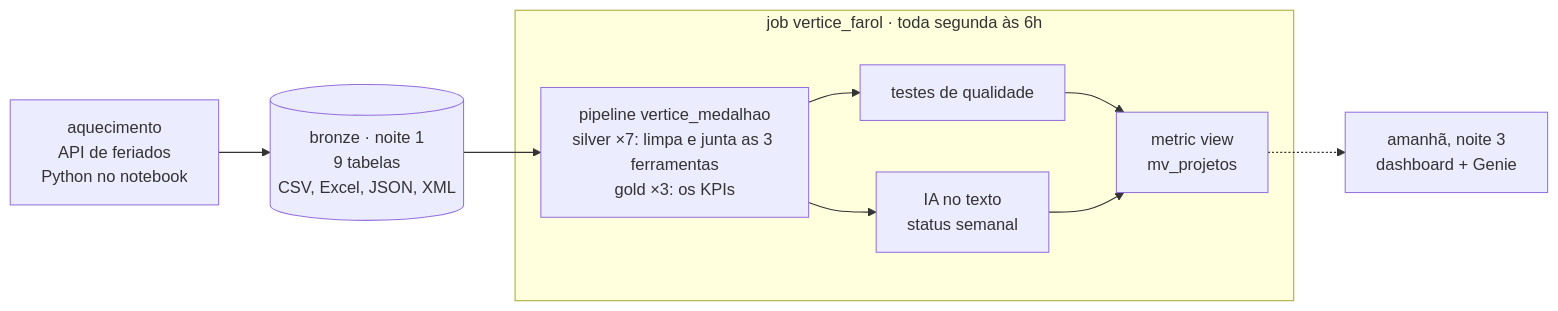
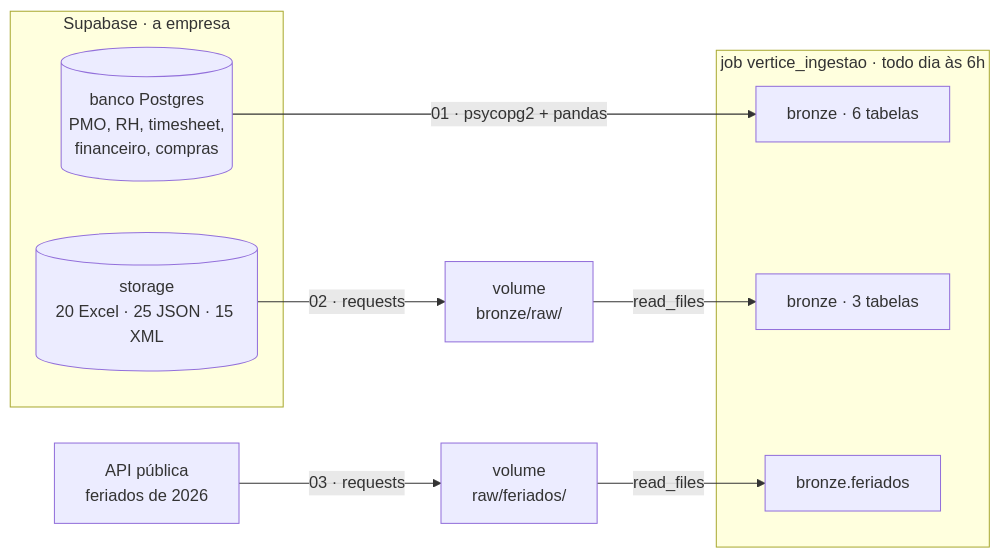
One commit to AugustoKoche-AI/ImersaoControlTower changed the first of 2 diagrams in aulas/aula-02-engenheiro/README.md. Above: the diagram before and after it, drawn with Mermaid. The commit also changed other lines of this file and 7 other files, not shown here.

First line of the commit message:
Noite 2 vira ingestão: a bronze recriada do Supabase (banco + storage) e de uma API

````diff
--- a/aulas/aula-02-engenheiro/README.md
+++ b/aulas/aula-02-engenheiro/README.md
@@ -17,12 +20,16 @@
 ```mermaid
 flowchart LR
-  API["aquecimento<br/>API de feriados<br/>Python no notebook"] --> B
-  B[("bronze · noite 1<br/>9 tabelas<br/>CSV, Excel, JSON, XML")] --> P
-  subgraph JOB["job vertice_farol · toda segunda às 6h"]
-    P["pipeline vertice_medalhao<br/>silver ×7: limpa e junta as 3 ferramentas<br/>gold ×3: os KPIs"] --> T["testes de qualidade"]
-    P --> IA["IA no texto<br/>status semanal"]
-    T --> M["metric view<br/>mv_projetos"]
-    IA --> M
+  subgraph SUPA["Supabase · a empresa"]
+    DB[("banco Postgres<br/>PMO, RH, timesheet,<br/>financeiro, compras")]
+    ST[("storage<br/>20 Excel · 25 JSON · 15 XML")]
   end
-  M -.-> D["amanhã, noite 3<br/>dashboard + Genie"]
+  API["API pública<br/>feriados de 2026"]
+  DB -- "01 · psycopg2 + pandas" --> B6["bronze · 6 tabelas"]
+  ST -- "02 · requests" --> V["volume<br/>bronze/raw/"] -- "read_files" --> B3["bronze · 3 tabelas"]
+  API -- "03 · requests" --> V2["volume<br/>raw/feriados/"] -- "read_files" --> BF["bronze.feriados"]
+  subgraph JOB["job vertice_ingestao · todo dia às 6h"]
+    B6
+    B3
+    BF
+  end
 ```
````
